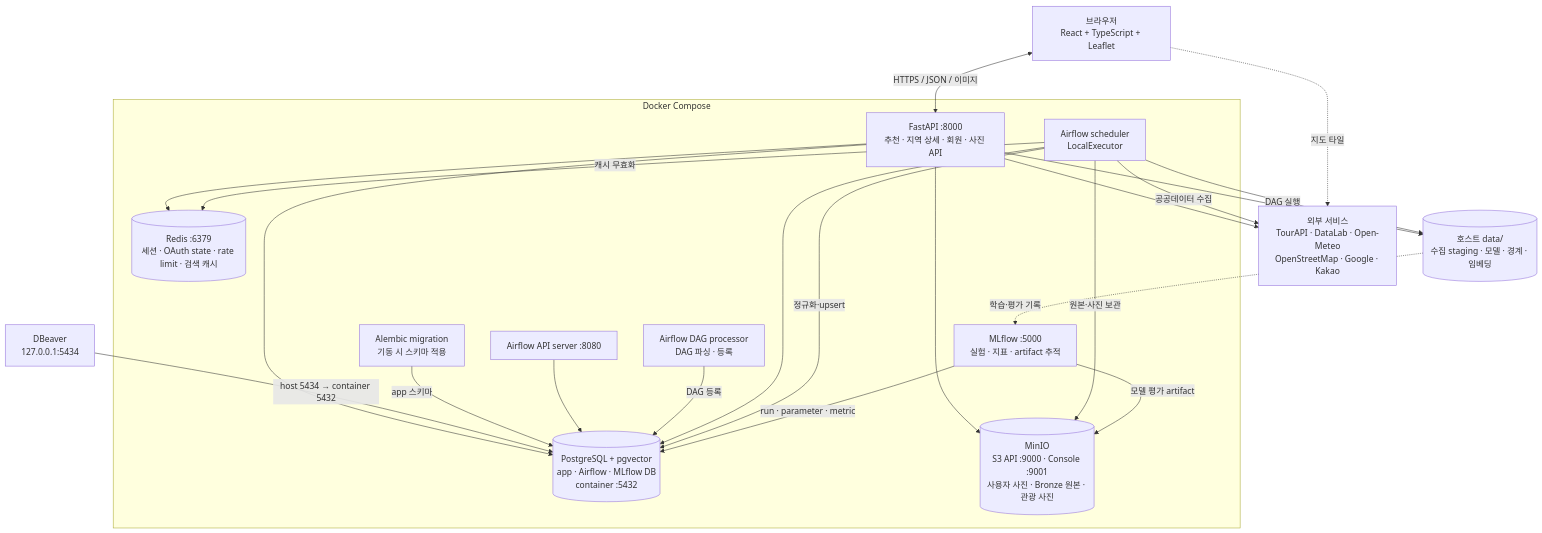
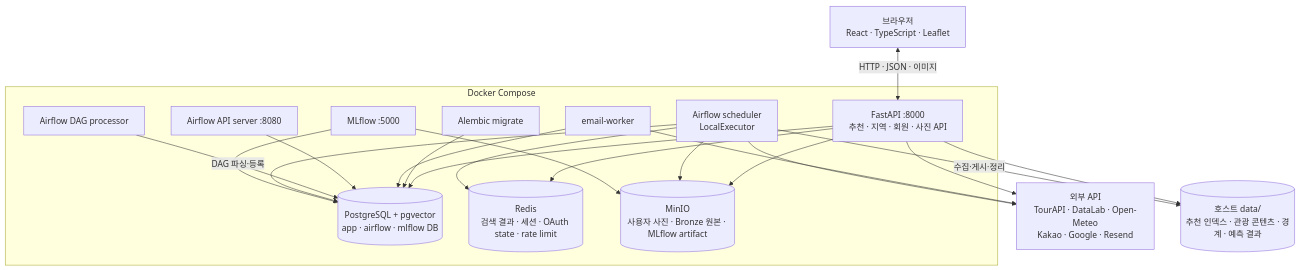
The diagram in README.md (pihet/abroad-to-korea), drawn with Mermaid before and after one commit. The commit also changed other lines of this file and 12 other files, not shown here.

````diff
--- a/README.md
+++ b/README.md
@@ -29,41 +32,38 @@
 ```mermaid
 flowchart TB
-  U["브라우저<br/>React + TypeScript + Leaflet"]
-  DBA["DBeaver<br/>127.0.0.1:5434"]
+  USER["브라우저<br/>React · TypeScript · Leaflet"]
+  EXT["외부 API<br/>TourAPI · DataLab · Open-Meteo<br/>Kakao · Google · Resend"]
+  FILES[("호스트 data/<br/>추천 인덱스 · 관광 콘텐츠 · 경계 · 예측 결과")]
 
-  subgraph DC["Docker Compose"]
-    API["FastAPI :8000<br/>추천 · 지역 상세 · 회원 · 사진 API"]
-    MIG["Alembic migration<br/>기동 시 스키마 적용"]
-    PG[("PostgreSQL + pgvector<br/>app · Airflow · MLflow DB<br/>container :5432")]
-    REDIS[("Redis :6379<br/>세션 · OAuth state · rate limit · 검색 캐시")]
-    MINIO[("MinIO<br/>S3 API :9000 · Console :9001<br/>사용자 사진 · Bronze 원본 · 관광 사진")]
-    AFUI["Airflow API server :8080"]
-    AFDP["Airflow DAG processor<br/>DAG 파싱 · 등록"]
+  subgraph COMPOSE["Docker Compose"]
+    API["FastAPI :8000<br/>추천 · 지역 · 회원 · 사진 API"]
+    PG[("PostgreSQL + pgvector<br/>app · airflow · mlflow DB")]
+    REDIS[("Redis<br/>검색 결과 · 세션 · OAuth state · rate limit")]
+    MINIO[("MinIO<br/>사용자 사진 · Bronze 원본 · MLflow artifact")]
+    MAIL["email-worker"]
+    MIG["Alembic migrate"]
+    AFAPI["Airflow API server :8080"]
+    AFDP["Airflow DAG processor"]
     AFS["Airflow scheduler<br/>LocalExecutor"]
-    MLF["MLflow :5000<br/>실험 · 지표 · artifact 추적"]
+    MLFLOW["MLflow :5000"]
   end
 
-  STAGE[("호스트 data/<br/>수집 staging · 모델 · 경계 · 임베딩")]
-  EXT["외부 서비스<br/>TourAPI · DataLab · Open-Meteo<br/>OpenStreetMap · Google · Kakao"]
-
-  U <-- "HTTPS / JSON / 이미지" --> API
-  U -. "지도 타일" .-> EXT
+  USER <-- "HTTP · JSON · 이미지" --> API
+  API --> FILES
   API --> PG
   API --> REDIS
   API --> MINIO
-  API --> STAGE
   API --> EXT
-  DBA -- "host 5434 → container 5432" --> PG
-  MIG -- "app 스키마" --> PG
-  AFUI --> PG
-  AFDP -- "DAG 등록" --> PG
+  MIG --> PG
+  MAIL --> PG
+  MAIL --> EXT
+  AFAPI --> PG
+  AFDP -- "DAG 파싱·등록" --> PG
+  AFS -- "수집·게시·정리" --> FILES
   AFS --> PG
-  AFS -- "DAG 실행" --> STAGE
-  AFS -- "공공데이터 수집" --> EXT
-  AFS -- "정규화·upsert" --> PG
-  AFS -- "원본·사진 보관" --> MINIO
-  AFS -- "캐시 무효화" --> REDIS
-  MLF -- "run · parameter · metric" --> PG
-  MLF -- "모델 평가 artifact" --> MINIO
-  STAGE -. "학습·평가 기록" .-> MLF
+  AFS --> MINIO
+  AFS --> REDIS
+  AFS --> EXT
+  MLFLOW --> PG
+  MLFLOW --> MINIO
 ```
````
